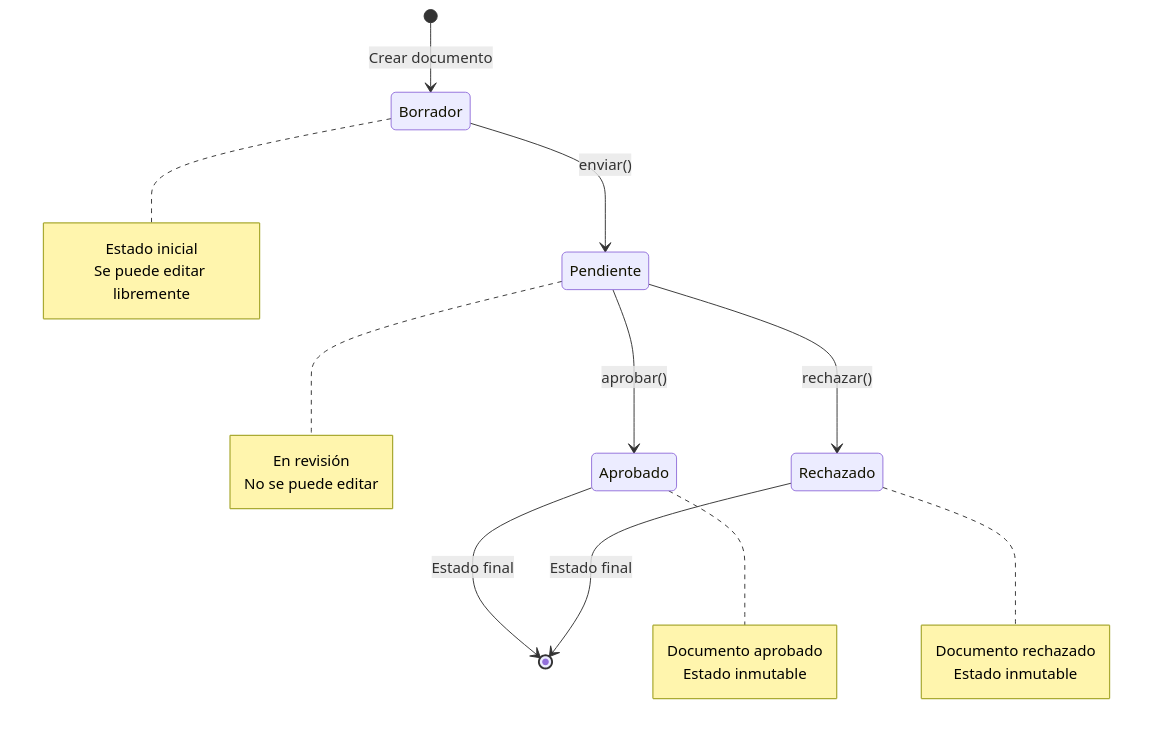
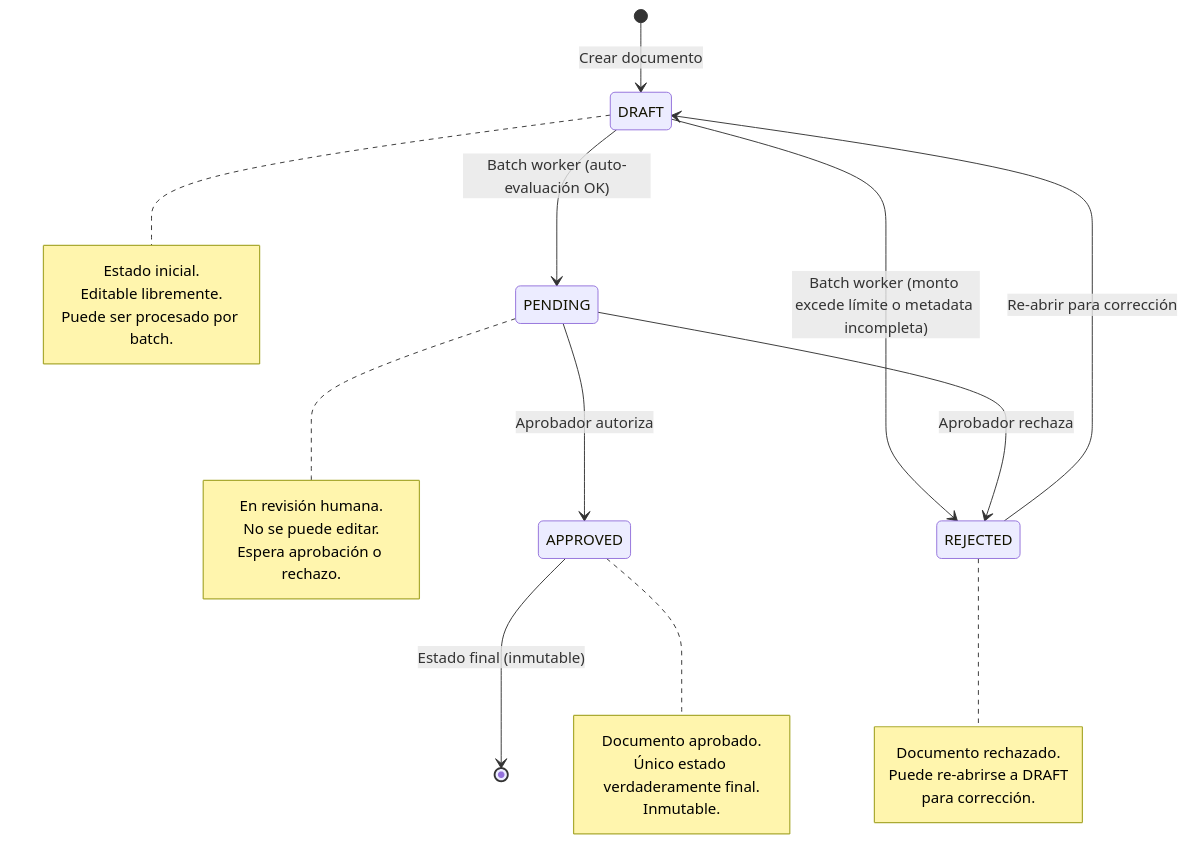
Diagram 11 of 16 in docs/project_design.md (abyssorcdev/duppla), drawn with Mermaid before and after one commit. The commit also changed other lines of this file, not shown here.

````diff
--- a/docs/project_design.md
+++ b/docs/project_design.md
@@ -528,32 +559,38 @@
 ```mermaid
 stateDiagram-v2
-    [*] --> Borrador: Crear documento
+    [*] --> DRAFT: Crear documento
 
-    Borrador --> Pendiente: enviar()
+    DRAFT --> PENDING: Batch worker (auto-evaluación OK)
+    DRAFT --> REJECTED: Batch worker (monto excede límite o metadata incompleta)
 
-    Pendiente --> Aprobado: aprobar()
-    Pendiente --> Rechazado: rechazar()
+    PENDING --> APPROVED: Aprobador autoriza
+    PENDING --> REJECTED: Aprobador rechaza
 
-    Aprobado --> [*]: Estado final
-    Rechazado --> [*]: Estado final
+    REJECTED --> DRAFT: Re-abrir para corrección
 
-    note right of Borrador
-        Estado inicial
-        Se puede editar libremente
+    APPROVED --> [*]: Estado final (inmutable)
+
+    note right of DRAFT
+        Estado inicial.
+        Editable libremente.
+        Puede ser procesado por batch.
     end note
 
-    note right of Pendiente
-        En revisión
-        No se puede editar
+    note right of PENDING
+        En revisión humana.
+        No se puede editar.
+        Espera aprobación o rechazo.
     end note
 
-    note right of Aprobado
-        Documento aprobado
-        Estado inmutable
+    note right of APPROVED
+        Documento aprobado.
+        Único estado verdaderamente final.
+        Inmutable.
     end note
 
-    note right of Rechazado
-        Documento rechazado
-        Estado inmutable
+    note right of REJECTED
+        Documento rechazado.
+        Puede re-abrirse a DRAFT
+        para corrección.
     end note
 ```
````
